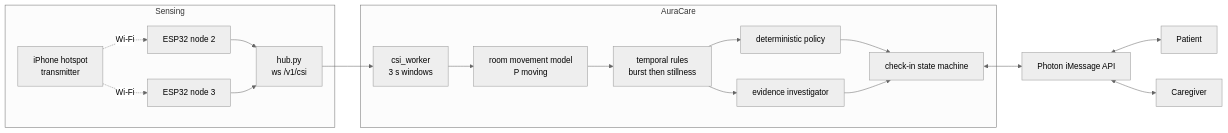
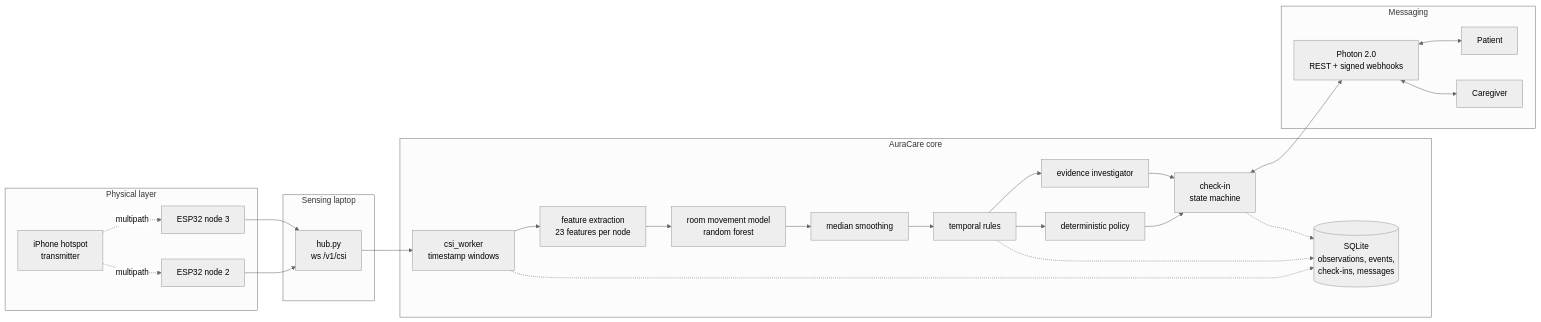
Before and after one commit to NullPranaya/WiCare: the first of 2 diagrams in README.md, drawn with Mermaid (neutral theme). The commit also changed other lines of this file, not shown here.

````diff
--- a/README.md
+++ b/README.md
@@ -69,21 +85,31 @@
 ```mermaid
 flowchart LR
-    subgraph Sensing
-        TX[iPhone hotspot<br/>transmitter] -. Wi-Fi .-> N2[ESP32 node 2]
-        TX -. Wi-Fi .-> N3[ESP32 node 3]
+    subgraph RF["Physical layer"]
+        TX[iPhone hotspot<br/>transmitter] -. multipath .-> N2[ESP32 node 2]
+        TX -. multipath .-> N3[ESP32 node 3]
+    end
+    subgraph EDGE["Sensing laptop"]
         N2 --> HUB[hub.py<br/>ws /v1/csi]
         N3 --> HUB
     end
-    subgraph AuraCare
-        HUB --> W[csi_worker<br/>3 s windows]
-        W --> M[room movement model<br/>P moving]
-        M --> D[temporal rules<br/>burst then stillness]
-        D --> POL[deterministic policy]
-        POL --> CK[check-in state machine]
-        D --> INV[evidence investigator]
+    subgraph CORE["AuraCare core"]
+        HUB --> W[csi_worker<br/>timestamp windows]
+        W --> F[feature extraction<br/>23 features per node]
+        F --> M[room movement model<br/>random forest]
+        M --> S[median smoothing]
+        S --> D[temporal rules]
+        D --> P[deterministic policy]
+        P --> C[check-in<br/>state machine]
+        D --> I[evidence investigator]
+        I --> C
+        DB[(SQLite<br/>observations, events,<br/>check-ins, messages)]
+        W -.-> DB
+        D -.-> DB
+        C -.-> DB
     end
-    CK <--> PH[Photon iMessage API]
-    PH <--> PP[Patient]
-    PH <--> CG[Caregiver]
-    INV --> CK
+    subgraph MSG["Messaging"]
+        C <--> PH[Photon 2.0<br/>REST + signed webhooks]
+        PH <--> PT[Patient]
+        PH <--> CG[Caregiver]
+    end
 ```
````
